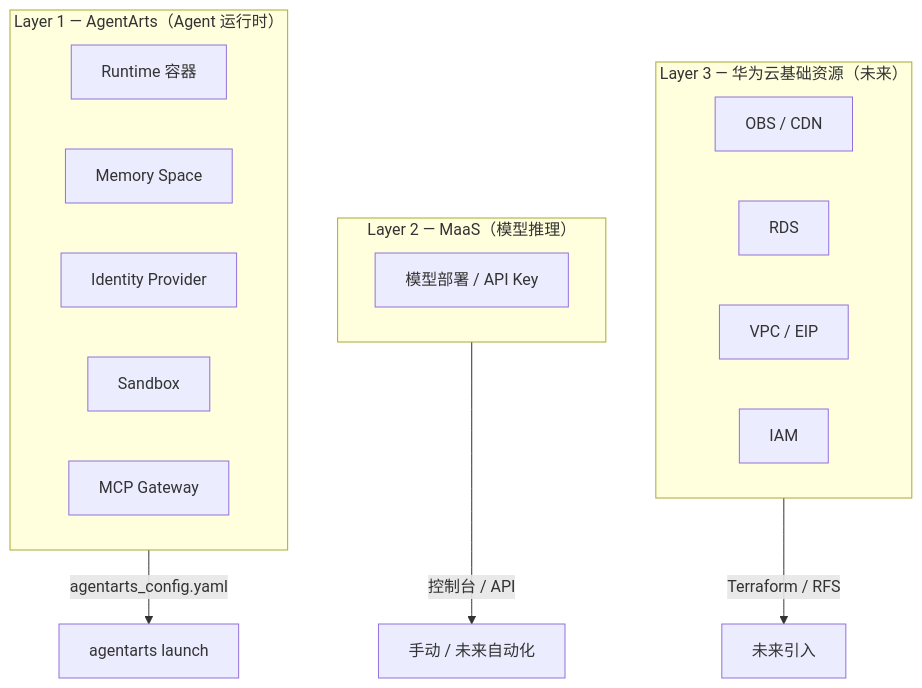
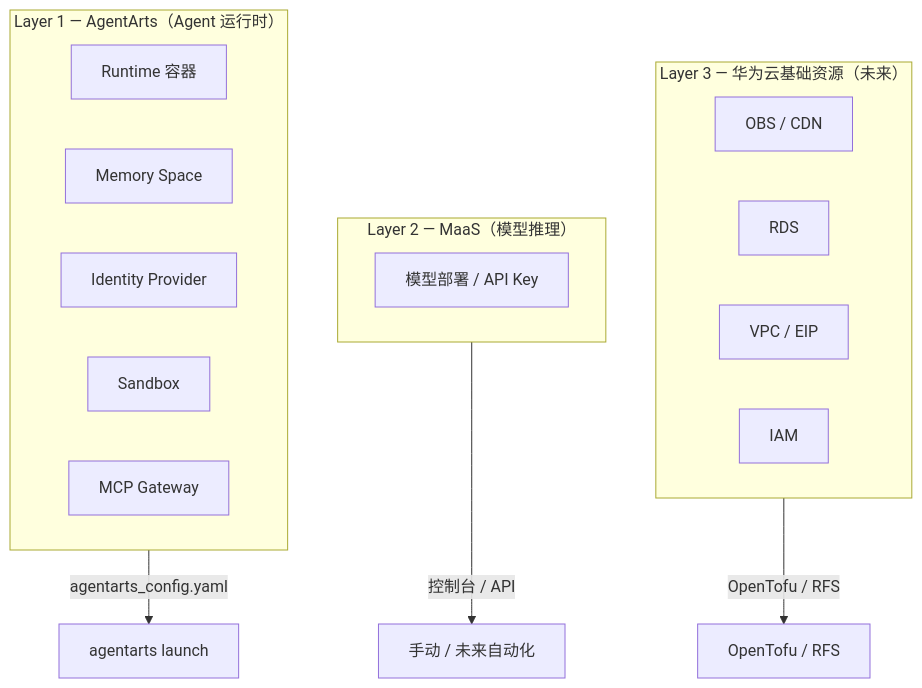
The first of 2 diagrams in personal-assistant-meta/architecture/devops/cicd.md (T-1009/personal-assistant), drawn with Mermaid before and after one commit. The commit also changed other lines of this file and 17 other files, not shown here.

First line of the commit message:
refactor: migrate CDKTF to OpenTofu + HCL (refactor-6)

````diff
--- a/personal-assistant-meta/architecture/devops/cicd.md
+++ b/personal-assistant-meta/architecture/devops/cicd.md
@@ -11,25 +11,25 @@
 ```mermaid
 flowchart TB
     subgraph Layer3["Layer 3 — 华为云基础资源（未来）"]
         OBS["OBS / CDN"]
         RDS["RDS"]
         VPC["VPC / EIP"]
         IAM["IAM"]
     end
 
     subgraph Layer2["Layer 2 — MaaS（模型推理）"]
         Model["模型部署 / API Key"]
     end
 
     subgraph Layer1["Layer 1 — AgentArts（Agent 运行时）"]
         Runtime["Runtime 容器"]
         Memory["Memory Space"]
         Identity["Identity Provider"]
         Sandbox["Sandbox"]
         Gateway["MCP Gateway"]
     end
 
     Layer1 -->|agentarts_config.yaml| CI1["agentarts launch"]
     Layer2 -->|控制台 / API| CI2["手动 / 未来自动化"]
-    Layer3 -->|Terraform / RFS| CI3["未来引入"]
+    Layer3 -->|OpenTofu / RFS| CI3["OpenTofu / RFS"]
 ```
````
